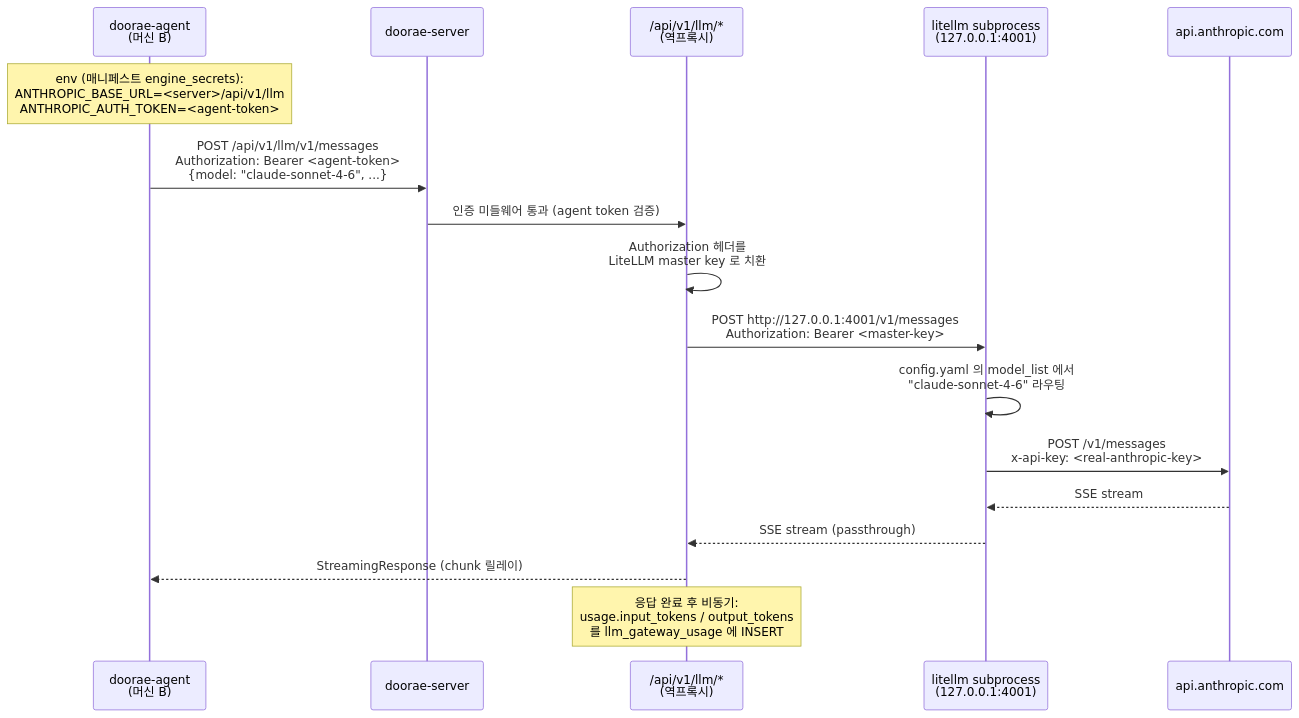
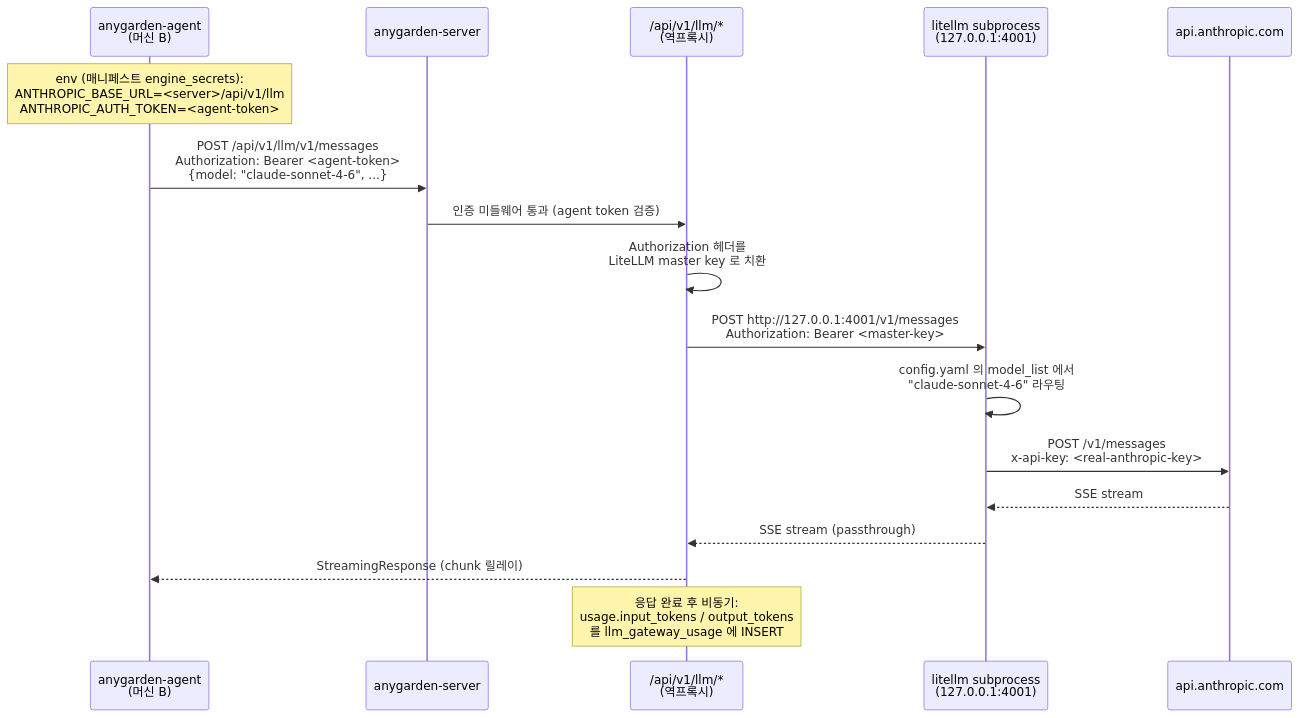
Before and after one commit to e7217/anygarden: the first of 2 diagrams in docs/design/12-llm-gateway.md, drawn with Mermaid. The commit also changed other lines of this file and 544 other files, not shown here.

First line of the commit message:
chore: rebrand doorae → anygarden across the codebase (#394)

````diff
--- a/docs/design/12-llm-gateway.md
+++ b/docs/design/12-llm-gateway.md
@@ -60,22 +60,22 @@
 ```mermaid
 sequenceDiagram
-    participant Agent as doorae-agent<br/>(머신 B)
-    participant Server as doorae-server
+    participant Agent as anygarden-agent<br/>(머신 B)
+    participant Server as anygarden-server
     participant Proxy as /api/v1/llm/*<br/>(역프록시)
     participant LiteLLM as litellm subprocess<br/>(127.0.0.1:4001)
     participant Upstream as api.anthropic.com
 
     Note over Agent: env (매니페스트 engine_secrets):<br/>ANTHROPIC_BASE_URL=<server>/api/v1/llm<br/>ANTHROPIC_AUTH_TOKEN=<agent-token>
 
     Agent->>Server: POST /api/v1/llm/v1/messages<br/>Authorization: Bearer <agent-token><br/>{model: "claude-sonnet-4-6", ...}
     Server->>Proxy: 인증 미들웨어 통과 (agent token 검증)
     Proxy->>Proxy: Authorization 헤더를 <br/>LiteLLM master key 로 치환
     Proxy->>LiteLLM: POST http://127.0.0.1:4001/v1/messages<br/>Authorization: Bearer <master-key>
     LiteLLM->>LiteLLM: config.yaml 의 model_list 에서<br/>"claude-sonnet-4-6" 라우팅
     LiteLLM->>Upstream: POST /v1/messages<br/>x-api-key: <real-anthropic-key>
     Upstream-->>LiteLLM: SSE stream
     LiteLLM-->>Proxy: SSE stream (passthrough)
     Proxy-->>Agent: StreamingResponse (chunk 릴레이)
 
     Note over Proxy: 응답 완료 후 비동기:<br/>usage.input_tokens / output_tokens<br/>를 llm_gateway_usage 에 INSERT
 ```
````
